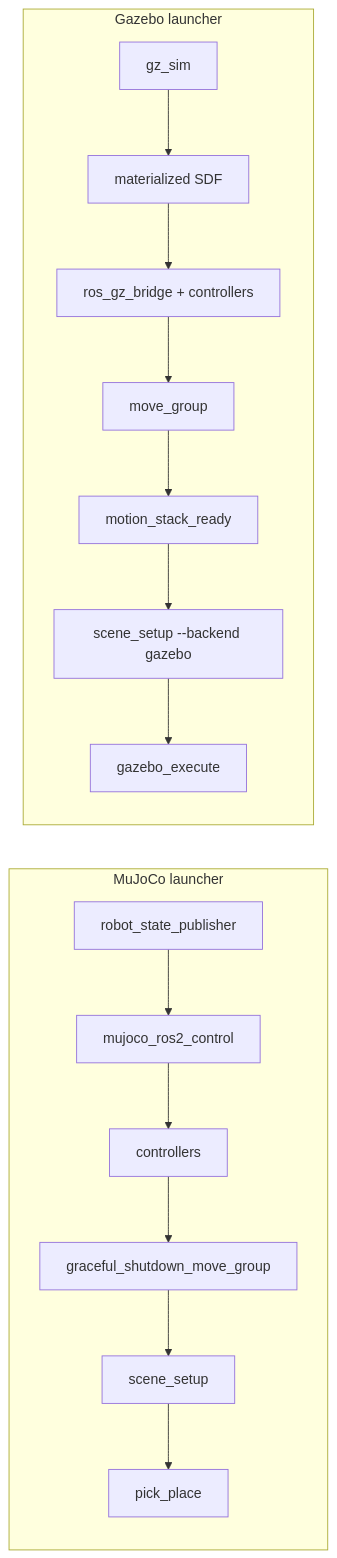
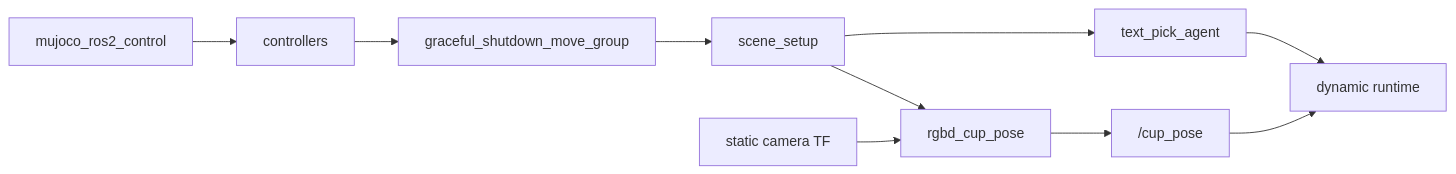
Before and after one commit to terryma2024/ros-moveit-demo: the second of 3 diagrams in docs/pick-place-python-architecture.md, drawn with Mermaid. The commit also changed other lines of this file and 1 other file, not shown here.

First line of the commit message:
Refactor documentation for SO-101 Python pick-place architecture

````diff
--- a/docs/pick-place-python-architecture.md
+++ b/docs/pick-place-python-architecture.md
@@ -247,18 +409,12 @@
 ```mermaid
 flowchart LR
-  subgraph M["MuJoCo launcher"]
-    M1["robot_state_publisher"] --> M2["mujoco_ros2_control"]
-    M2 --> M3["controllers"]
-    M3 --> M4["graceful_shutdown_move_group"]
-    M4 --> M5["scene_setup"]
-    M5 --> M6["pick_place"]
-  end
-  subgraph G["Gazebo launcher"]
-    G1["gz_sim"] --> G2["materialized SDF"]
-    G2 --> G3["ros_gz_bridge + controllers"]
-    G3 --> G4["move_group"]
-    G4 --> G5["motion_stack_ready"]
-    G5 --> G6["scene_setup --backend gazebo"]
-    G6 --> G7["gazebo_execute"]
-  end
+  M["mujoco_ros2_control"] --> C["controllers"]
+  C --> MG["graceful_shutdown_move_group"]
+  MG --> SC["scene_setup"]
+  SC --> P["rgbd_cup_pose"]
+  TF["static camera TF"] --> P
+  P --> CP["/cup_pose"]
+  SC --> A["text_pick_agent"]
+  A --> D["dynamic runtime"]
+  CP --> D
 ```
````
